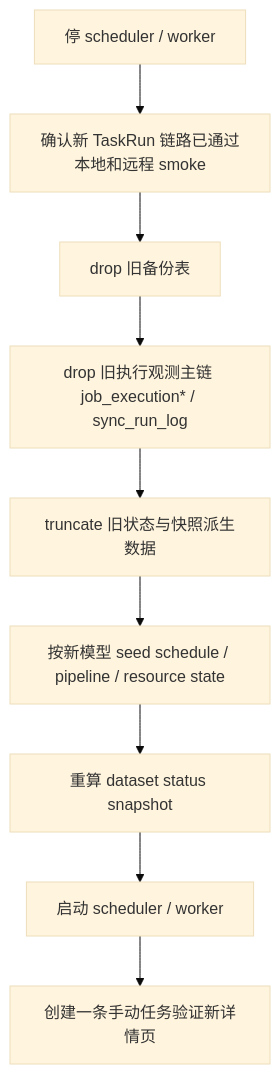
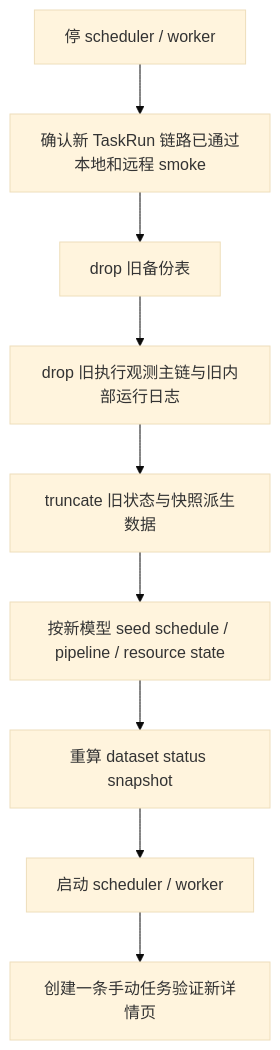
One commit to chiuser/goldenshare changed the tenth of 10 diagrams in docs/ops/ops-task-run-observability-redesign-plan-v1.md. Above: the diagram before and after it, drawn with Mermaid (base theme). The commit also changed other lines of this file and 16 other files, not shown here.

````diff
--- a/docs/ops/ops-task-run-observability-redesign-plan-v1.md
+++ b/docs/ops/ops-task-run-observability-redesign-plan-v1.md
@@ -876,11 +875,11 @@
 ```mermaid
 flowchart TD
     A["停 scheduler / worker"] --> B["确认新 TaskRun 链路已通过本地和远程 smoke"]
     B --> C["drop 旧备份表"]
-    C --> D["drop 旧执行观测主链 job_execution* / sync_run_log"]
+    C --> D["drop 旧执行观测主链与旧内部运行日志"]
     D --> E["truncate 旧状态与快照派生数据"]
     E --> F["按新模型 seed schedule / pipeline / resource state"]
     F --> G["重算 dataset status snapshot"]
     G --> H["启动 scheduler / worker"]
     H --> I["创建一条手动任务验证新详情页"]
 ```
````
